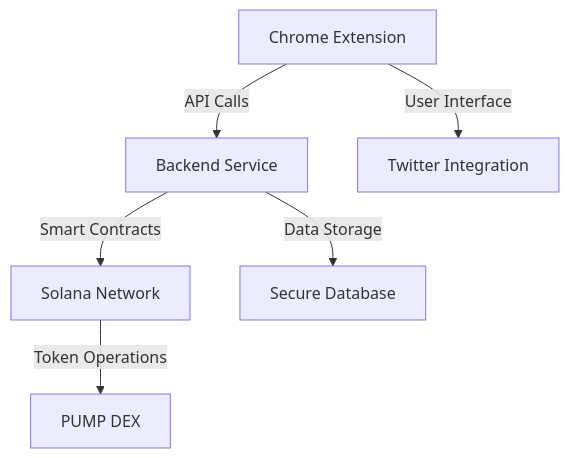
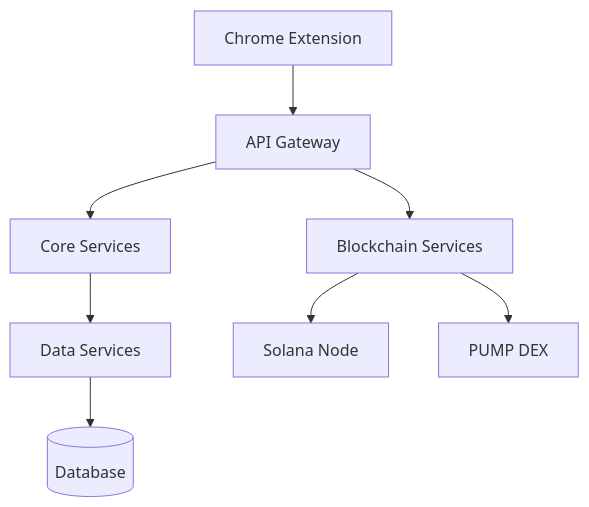
The diagram in docs/technical-architecture.md (MEMEFANS/memefans), drawn with Mermaid before and after one commit. The commit also changed other lines of this file and 12 other files, not shown here.

````diff
--- a/docs/technical-architecture.md
+++ b/docs/technical-architecture.md
@@ -68,8 +7,10 @@
 ```mermaid
 graph TD
-    A[Chrome Extension] -->|API Calls| B[Backend Service]
-    B -->|Smart Contracts| C[Solana Network]
-    C -->|Token Operations| D[PUMP DEX]
-    B -->|Data Storage| E[Secure Database]
-    A -->|User Interface| F[Twitter Integration]
+    A[Chrome Extension] --> B[API Gateway]
+    B --> C[Core Services]
+    B --> D[Blockchain Services]
+    C --> E[Data Services]
+    D --> F[Solana Node]
+    D --> G[PUMP DEX]
+    E --> H[(Database)]
 ```
````
